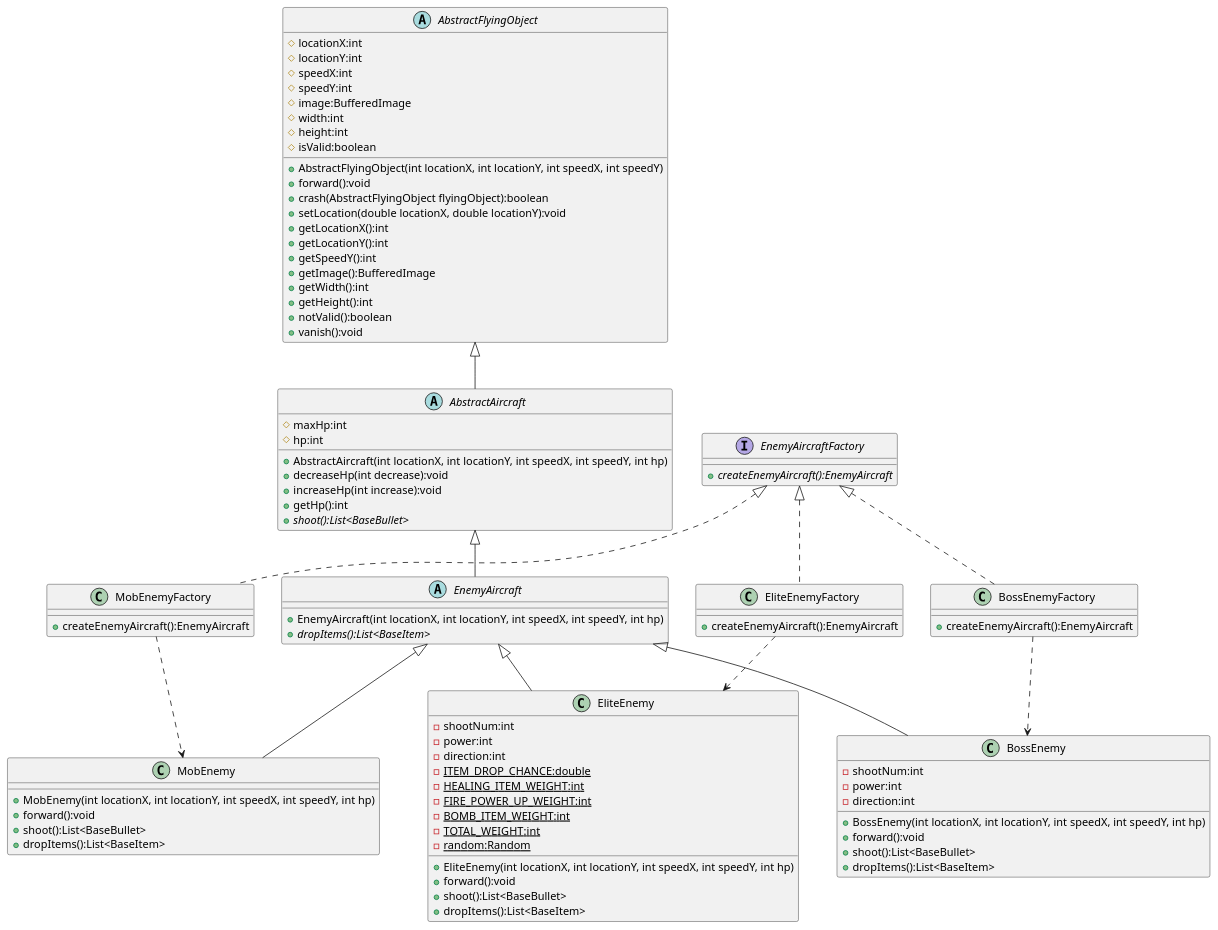
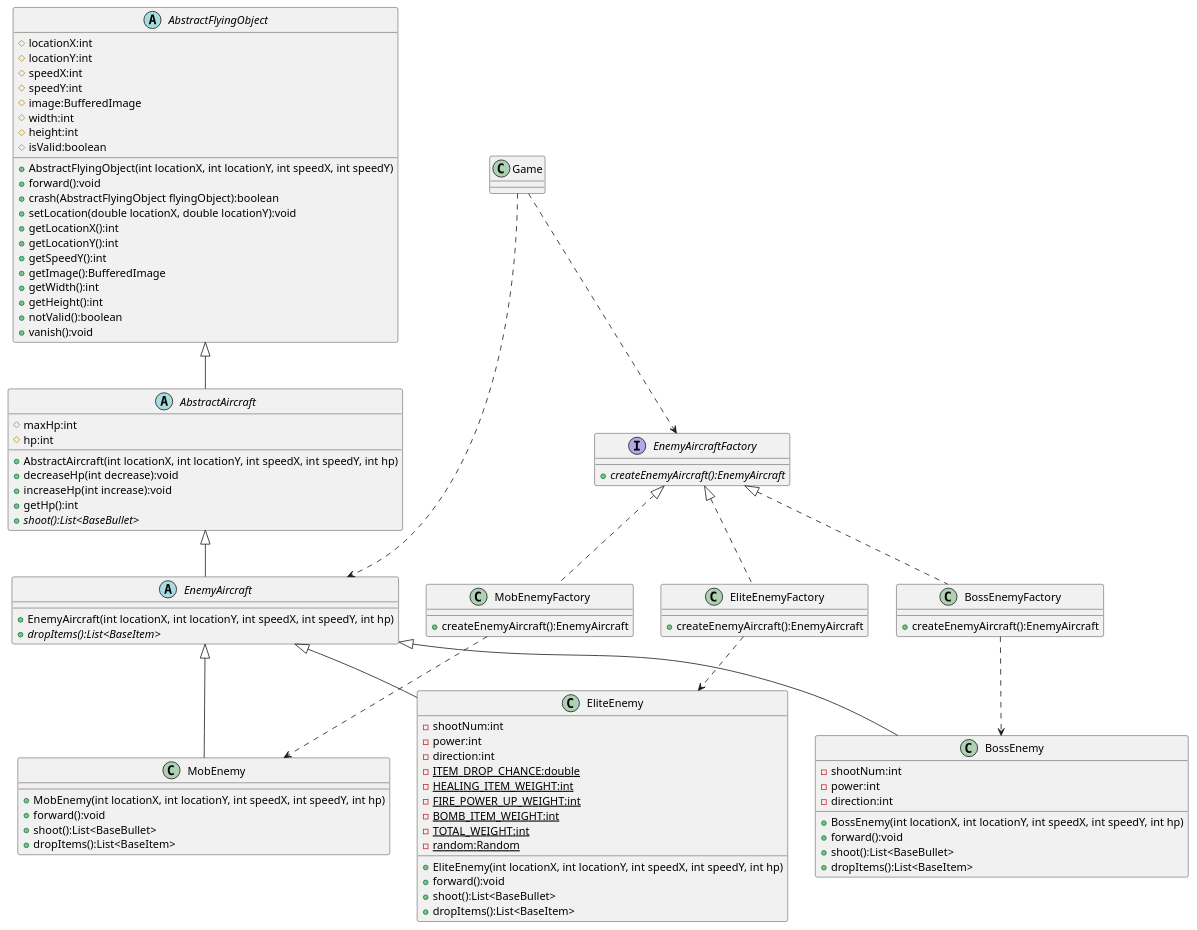
Before and after one commit to SymmFz/OOP-AircraftWar-Practice: the diagram in uml/EnemyAircraft.puml, drawn with PlantUML. The commit also changed 1 other file, not shown here.

```diff
--- a/uml/EnemyAircraft.puml
+++ b/uml/EnemyAircraft.puml
@@ -1,114 +1,123 @@
 @startuml
 'https://plantuml.com/class-diagram
+
+class Game
+{
+
+}
+
+Game ..> EnemyAircraft
+Game ..> EnemyAircraftFactory
+
 
 interface EnemyAircraftFactory
 {
     + {abstract} createEnemyAircraft():EnemyAircraft
 }
 
 class MobEnemyFactory
 {
     + createEnemyAircraft():EnemyAircraft
 }
 
 class EliteEnemyFactory
 {
     + createEnemyAircraft():EnemyAircraft
 }
 
 class BossEnemyFactory
 {
     + createEnemyAircraft():EnemyAircraft
 }
 
 EnemyAircraftFactory <|.. MobEnemyFactory
 EnemyAircraftFactory <|.. EliteEnemyFactory
 EnemyAircraftFactory <|.. BossEnemyFactory
 
 MobEnemyFactory ..> MobEnemy
 EliteEnemyFactory ..> EliteEnemy
 BossEnemyFactory ..> BossEnemy
 
 abstract class AbstractFlyingObject
 {
     # locationX:int
     # locationY:int
     # speedX:int
     # speedY:int
     # image:BufferedImage
     # width:int
     # height:int
     # isValid:boolean
 
     + AbstractFlyingObject(int locationX, int locationY, int speedX, int speedY)
     + forward():void
     + crash(AbstractFlyingObject flyingObject):boolean
     + setLocation(double locationX, double locationY):void
     + getLocationX():int
     + getLocationY():int
     + getSpeedY():int
     + getImage():BufferedImage
     + getWidth():int
     + getHeight():int
     + notValid():boolean
     + vanish():void
 }
 
 abstract class AbstractAircraft
 {
 	# maxHp:int
     # hp:int
     + AbstractAircraft(int locationX, int locationY, int speedX, int speedY, int hp)
     + decreaseHp(int decrease):void
     + increaseHp(int increase):void
     + getHp():int
     + {abstract} shoot():List<BaseBullet>
  }
 
 AbstractFlyingObject <|-- AbstractAircraft
 
 abstract class EnemyAircraft {
     + EnemyAircraft(int locationX, int locationY, int speedX, int speedY, int hp)
     + {abstract} dropItems():List<BaseItem>
 }
 
 AbstractAircraft <|-- EnemyAircraft
 
 class MobEnemy {
     + MobEnemy(int locationX, int locationY, int speedX, int speedY, int hp)
     + forward():void
     + shoot():List<BaseBullet>
     + dropItems():List<BaseItem>
 }
 
 class EliteEnemy {
     - shootNum:int
     - power:int
     - direction:int
     - {static} ITEM_DROP_CHANCE:double
     - {static} HEALING_ITEM_WEIGHT:int
     - {static} FIRE_POWER_UP_WEIGHT:int
     - {static} BOMB_ITEM_WEIGHT:int
     - {static} TOTAL_WEIGHT:int
     - {static} random:Random
     + EliteEnemy(int locationX, int locationY, int speedX, int speedY, int hp)
     + forward():void
     + shoot():List<BaseBullet>
     + dropItems():List<BaseItem>
 }
 
 class BossEnemy {
     - shootNum:int
     - power:int
     - direction:int
     + BossEnemy(int locationX, int locationY, int speedX, int speedY, int hp)
     + forward():void
     + shoot():List<BaseBullet>
     + dropItems():List<BaseItem>
 }
 
 EnemyAircraft <|-- MobEnemy
 EnemyAircraft <|-- EliteEnemy
 EnemyAircraft <|-- BossEnemy
 
 @enduml
```
